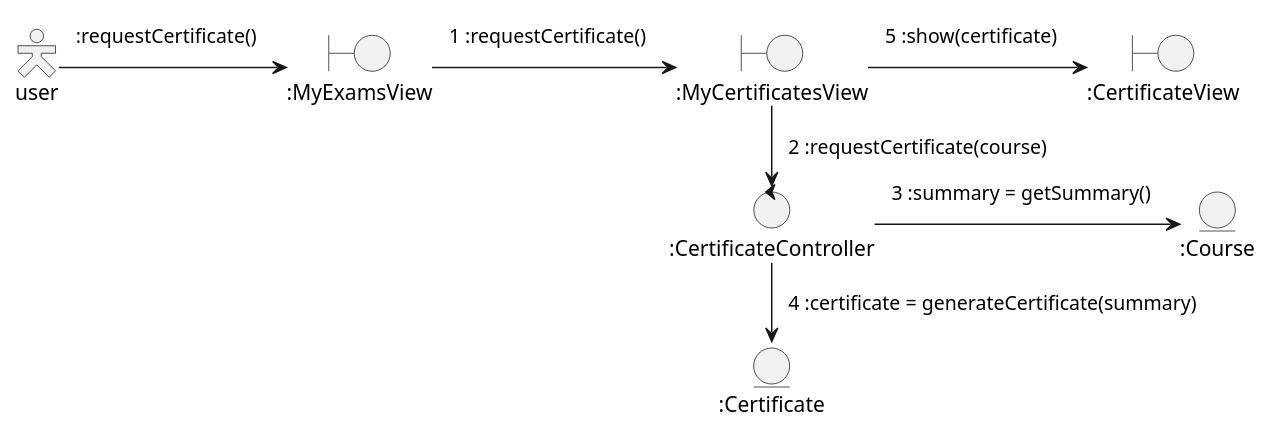
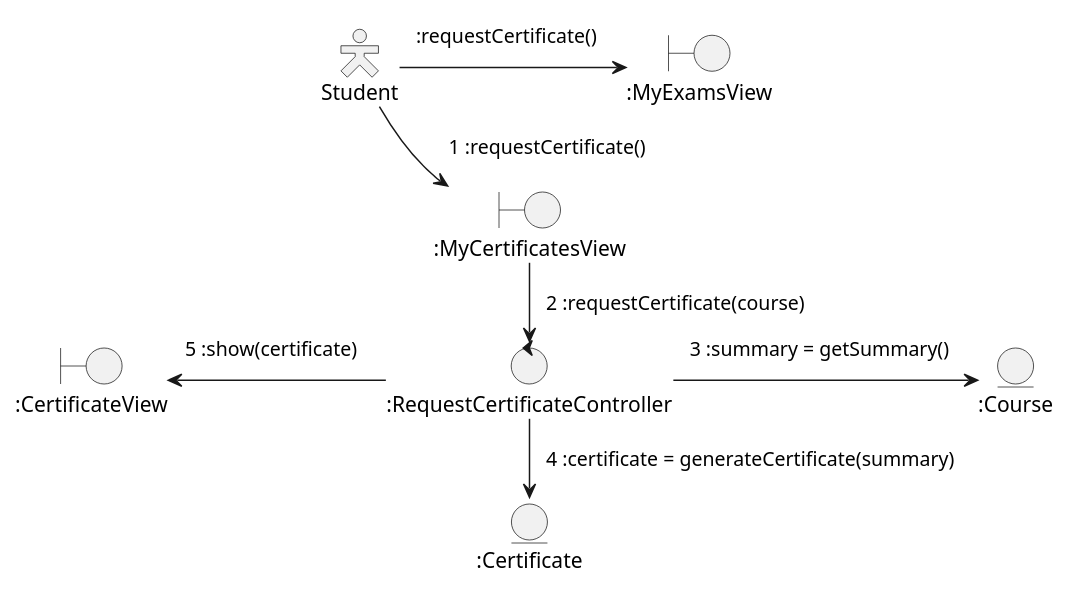
One commit to TheSProyect/Proyecto-IS-Grupo-1 changed the diagram in docs/scenariosView/UC-requestCertificate-analisisCommunicationDiagram.plantuml. Above: the diagram before and after it, drawn with PlantUML. The commit also changed 2 other files, not shown here.

Commit message:
Fixed UC requestCertificate

```diff
--- a/docs/scenariosView/UC-requestCertificate-analisisCommunicationDiagram.plantuml
+++ b/docs/scenariosView/UC-requestCertificate-analisisCommunicationDiagram.plantuml
@@ -1,53 +1,54 @@
 @startuml UC requestCertificate analysisCommunicationDiagram
 skinparam actorstyle hollow
 <style>
 note {
     LineColor transparent
     BackgroundColor transparent
 }
 </style>
 skinparam ranksep 1
 skinparam nodesep 1
 
-actor user 
+actor "Student" as user 
 boundary ":MyExamsView" as start
 boundary ":MyCertificatesView" as myCertificates
 boundary ":CertificateView" as certificateView
 entity ":Course"  as course
-control ":CertificateController" as certificateController
+control ":RequestCertificateController" as requestCertificateController
 entity ":Certificate" as certificate
 
 
 user -> start
 note on link
     :requestCertificate()
 end note
 
-start -> myCertificates
+start --[hidden]> myCertificates
+user -> myCertificates
 note on link
     1 :requestCertificate()
 end note
 
-myCertificates -down-> certificateController
+myCertificates -down-> requestCertificateController
 note on link
     2 :requestCertificate(course)
 end note
 
-myCertificates -> certificateView
+requestCertificateController -left-> certificateView
 note on link
     5 :show(certificate)
 end note
 
-certificateController -> course
+requestCertificateController -> course
 note on link
     3 :summary = getSummary()
 end note
 
-certificateController -down-> certificate
+requestCertificateController -down-> certificate
 note on link
     4 :certificate = generateCertificate(summary)
 end note
 
 'certificateView - certificate
 
 @enduml
```
